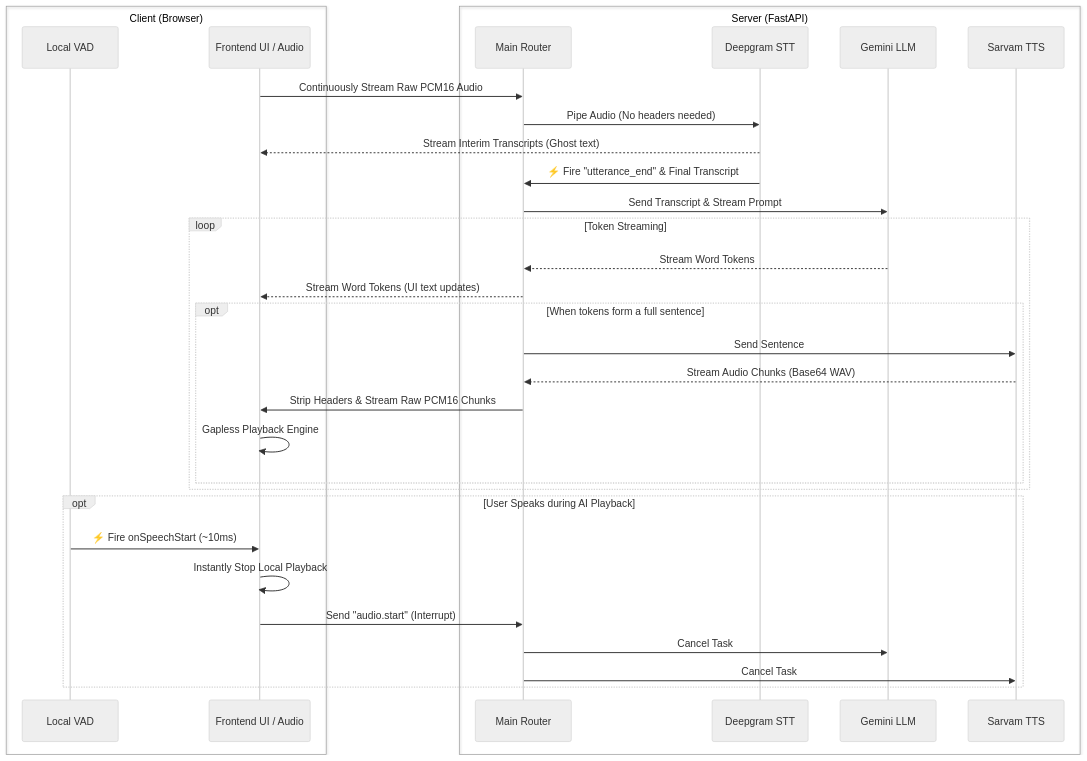
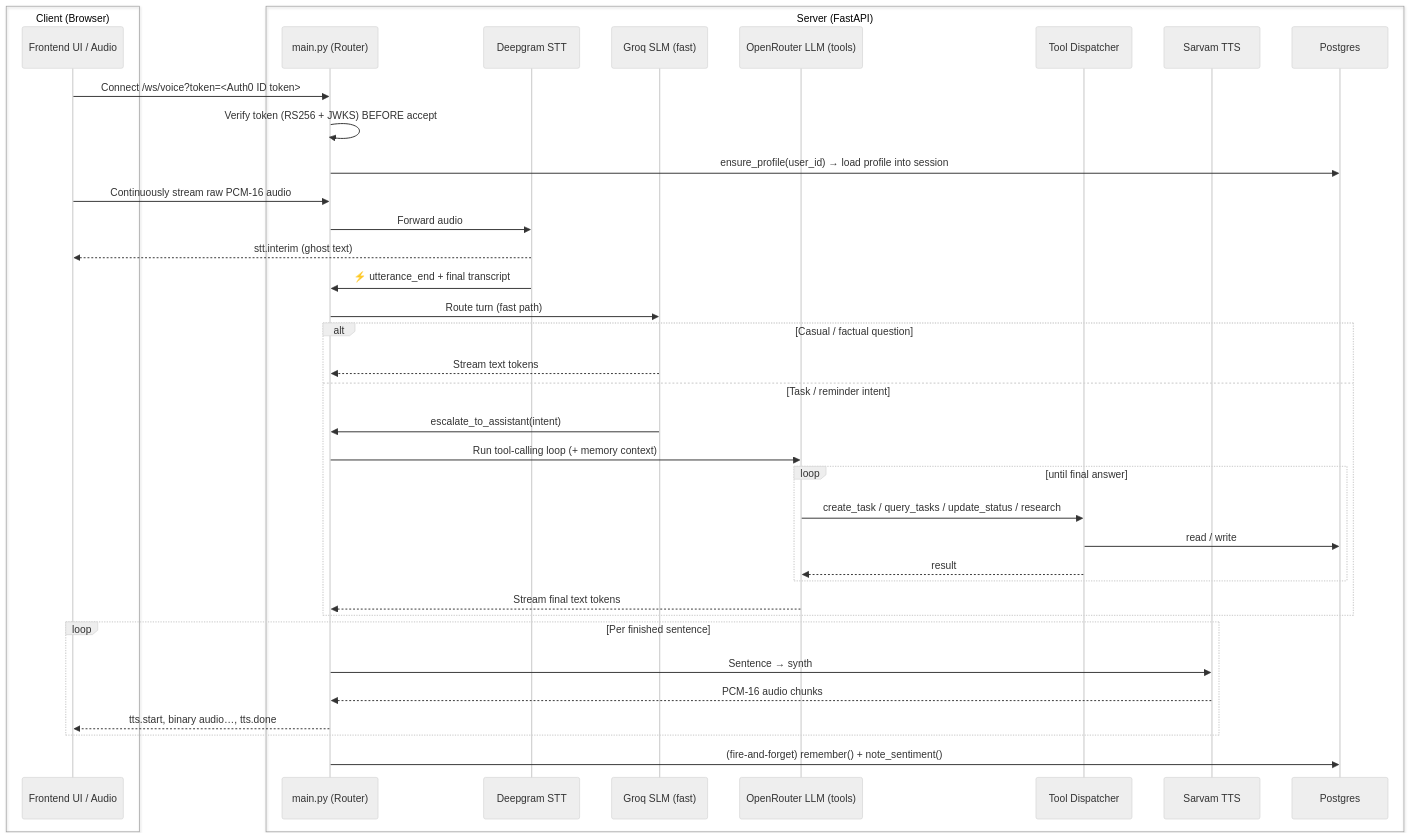
Before and after one commit to SOGeKING-NUL/taskade_backend: the diagram in system_explanation.md, drawn with Mermaid (neutral theme). The commit also changed other lines of this file and 25 other files, not shown here.

````diff
--- a/system_explanation.md
+++ b/system_explanation.md
@@ -11,44 +17,46 @@
 ```mermaid
 sequenceDiagram
     box Client (Browser)
-        participant VAD as Local VAD
         participant C as Frontend UI / Audio
     end
     box Server (FastAPI)
-        participant S as Main Router
+        participant S as main.py (Router)
         participant STT as Deepgram STT
-        participant LLM as Gemini LLM
+        participant SLM as Groq SLM (fast)
+        participant LLM as OpenRouter LLM (tools)
+        participant TOOL as Tool Dispatcher
         participant TTS as Sarvam TTS
+        participant DB as Postgres
     end
 
-    %% Audio Capture & STT Phase
-    C->>S: Continuously Stream Raw PCM16 Audio
-    S->>STT: Pipe Audio (No headers needed)
-    STT-->>C: Stream Interim Transcripts (Ghost text)
-    
-    %% Semantic End of Turn
-    STT->>S: ⚡ Fire "utterance_end" & Final Transcript
-    
-    %% Low Latency LLM -> TTS Pipeline
-    S->>LLM: Send Transcript & Stream Prompt
-    loop Token Streaming
-        LLM-->>S: Stream Word Tokens
-        S-->>C: Stream Word Tokens (UI text updates)
-        
-        opt When tokens form a full sentence
-            S->>TTS: Send Sentence
-            TTS-->>S: Stream Audio Chunks (Base64 WAV)
-            S->>C: Strip Headers & Stream Raw PCM16 Chunks
-            C->>C: Gapless Playback Engine
+    C->>S: Connect /ws/voice?token=<Auth0 ID token>
+    S->>S: Verify token (RS256 + JWKS) BEFORE accept
+    S->>DB: ensure_profile(user_id) → load profile into session
+
+    C->>S: Continuously stream raw PCM-16 audio
+    S->>STT: Forward audio
+    STT-->>C: stt.interim (ghost text)
+    STT->>S: ⚡ utterance_end + final transcript
+
+    S->>SLM: Route turn (fast path)
+    alt Casual / factual question
+        SLM-->>S: Stream text tokens
+    else Task / reminder intent
+        SLM->>S: escalate_to_assistant(intent)
+        S->>LLM: Run tool-calling loop (+ memory context)
+        loop until final answer
+            LLM->>TOOL: create_task / query_tasks / update_status / research
+            TOOL->>DB: read / write
+            TOOL-->>LLM: result
         end
+        LLM-->>S: Stream final text tokens
     end
-    
-    %% Interruption (Barge-In)
-    opt User Speaks during AI Playback
-        VAD->>C: ⚡ Fire onSpeechStart (~10ms)
-        C->>C: Instantly Stop Local Playback
-        C->>S: Send "audio.start" (Interrupt)
-        S->>LLM: Cancel Task
-        S->>TTS: Cancel Task
+
+    loop Per finished sentence
+        S->>TTS: Sentence → synth
+        TTS-->>S: PCM-16 audio chunks
+        S-->>C: tts.start, binary audio…, tts.done
     end
+
+    S->>DB: (fire-and-forget) remember() + note_sentiment()
 ```
````
